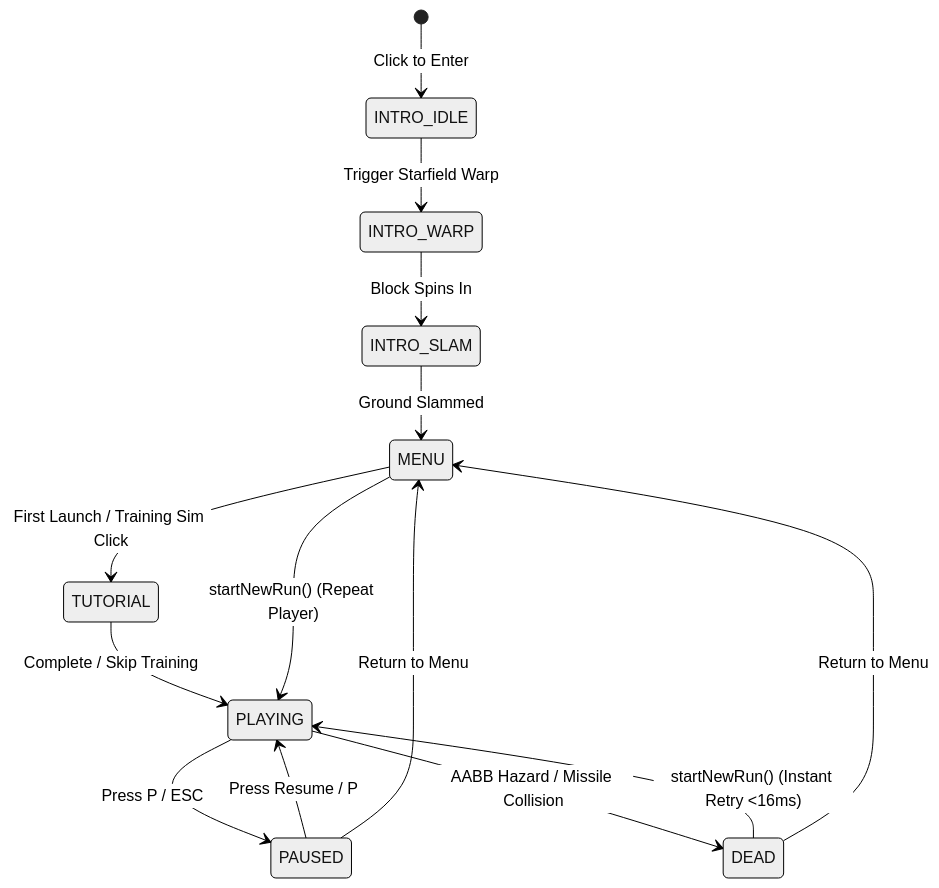
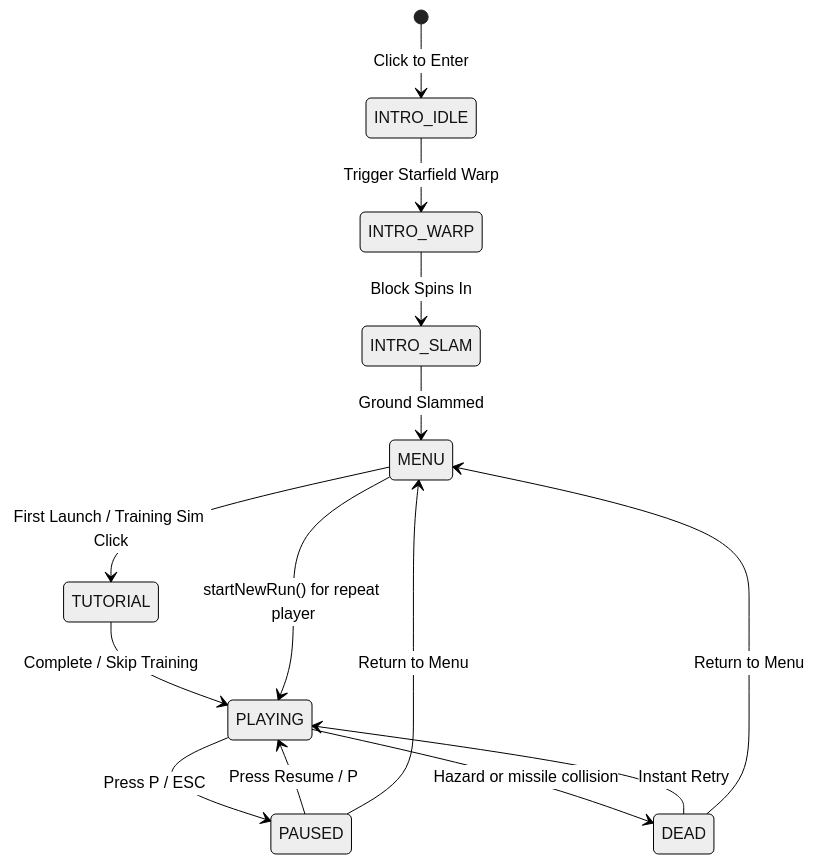
The second of 4 diagrams in ARCHITECTURE.md (rajkiranmishra/Block-Dash), drawn with Mermaid (neutral theme) before and after one commit. The commit also changed other lines of this file, not shown here.

Commit message:
docs: fix Mermaid architecture diagram rendering

````diff
--- a/ARCHITECTURE.md
+++ b/ARCHITECTURE.md
@@ -67,16 +79,16 @@
 ```mermaid
 stateDiagram-v2
     [*] --> INTRO_IDLE: Click to Enter
     INTRO_IDLE --> INTRO_WARP: Trigger Starfield Warp
     INTRO_WARP --> INTRO_SLAM: Block Spins In
     INTRO_SLAM --> MENU: Ground Slammed
     MENU --> TUTORIAL: First Launch / Training Sim Click
     TUTORIAL --> PLAYING: Complete / Skip Training
-    MENU --> PLAYING: startNewRun() (Repeat Player)
+    MENU --> PLAYING: startNewRun() for repeat player
     PLAYING --> PAUSED: Press P / ESC
     PAUSED --> PLAYING: Press Resume / P
     PAUSED --> MENU: Return to Menu
-    PLAYING --> DEAD: AABB Hazard / Missile Collision
-    DEAD --> PLAYING: startNewRun() (Instant Retry <16ms)
+    PLAYING --> DEAD: Hazard or missile collision
+    DEAD --> PLAYING: Instant Retry
     DEAD --> MENU: Return to Menu
 ```
````
